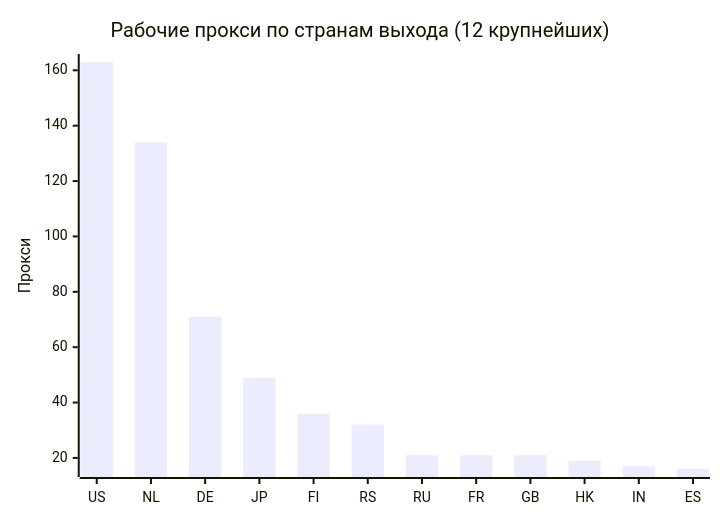
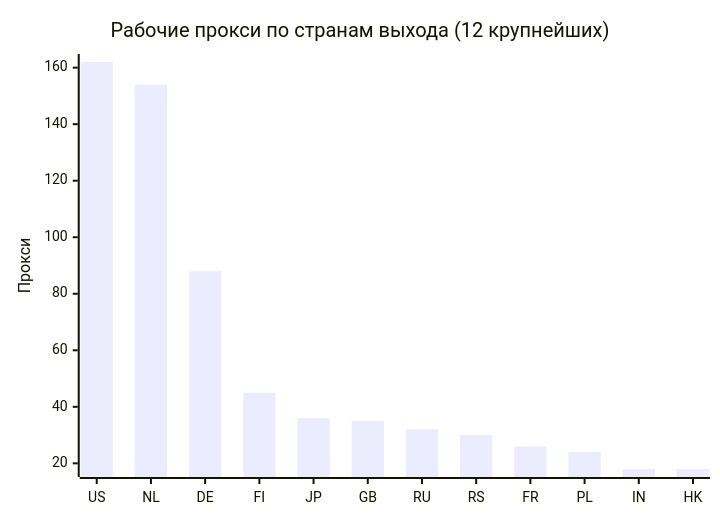
One commit to rvvg/proxy-subs changed the second of 4 diagrams in README.md. Above: the diagram before and after it, drawn with Mermaid. The commit also changed other lines of this file and 45 other files, not shown here.

````diff
--- a/README.md
+++ b/README.md
@@ -124,7 +128,7 @@
 ```mermaid
 xychart-beta
     title "Рабочие прокси по странам выхода (12 крупнейших)"
-    x-axis ["US", "NL", "DE", "JP", "FI", "RS", "RU", "FR", "GB", "HK", "IN", "ES"]
+    x-axis ["US", "NL", "DE", "FI", "JP", "GB", "RU", "RS", "FR", "PL", "IN", "HK"]
     y-axis "Прокси"
-    bar [163, 134, 71, 49, 36, 32, 21, 21, 21, 19, 17, 16]
+    bar [162, 154, 88, 45, 36, 35, 32, 30, 26, 24, 18, 18]
 ```
````
